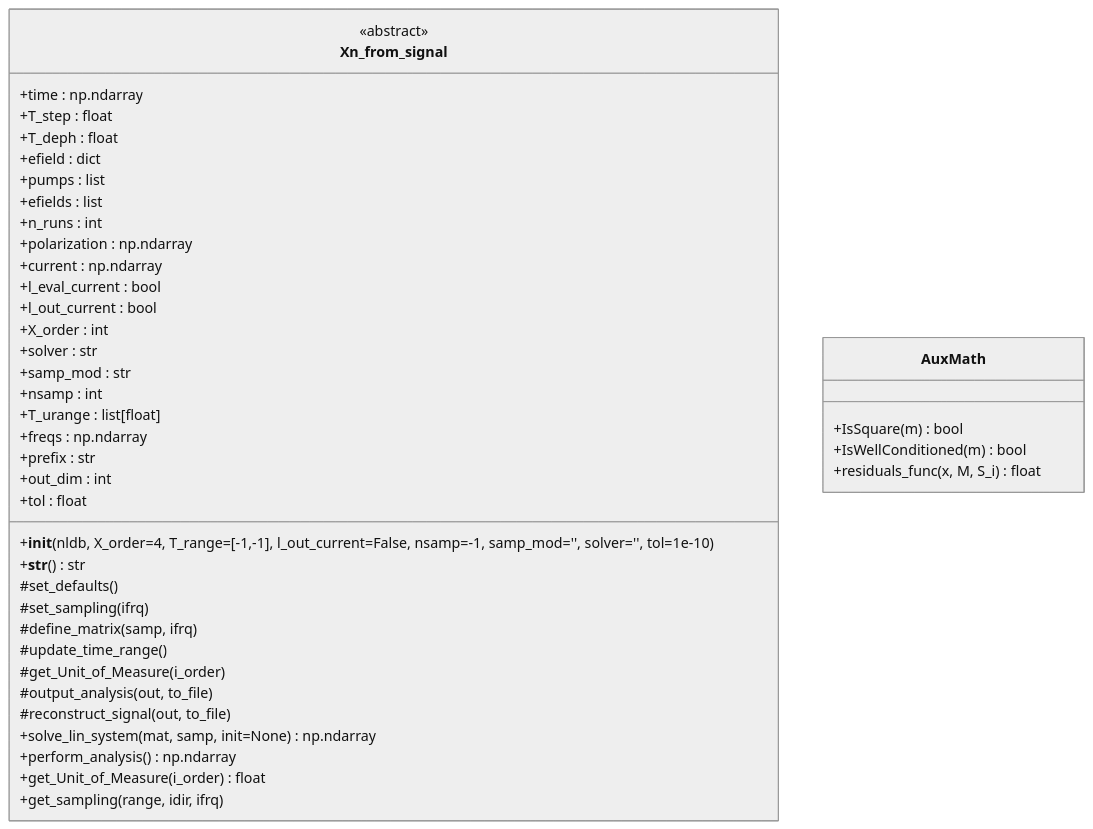
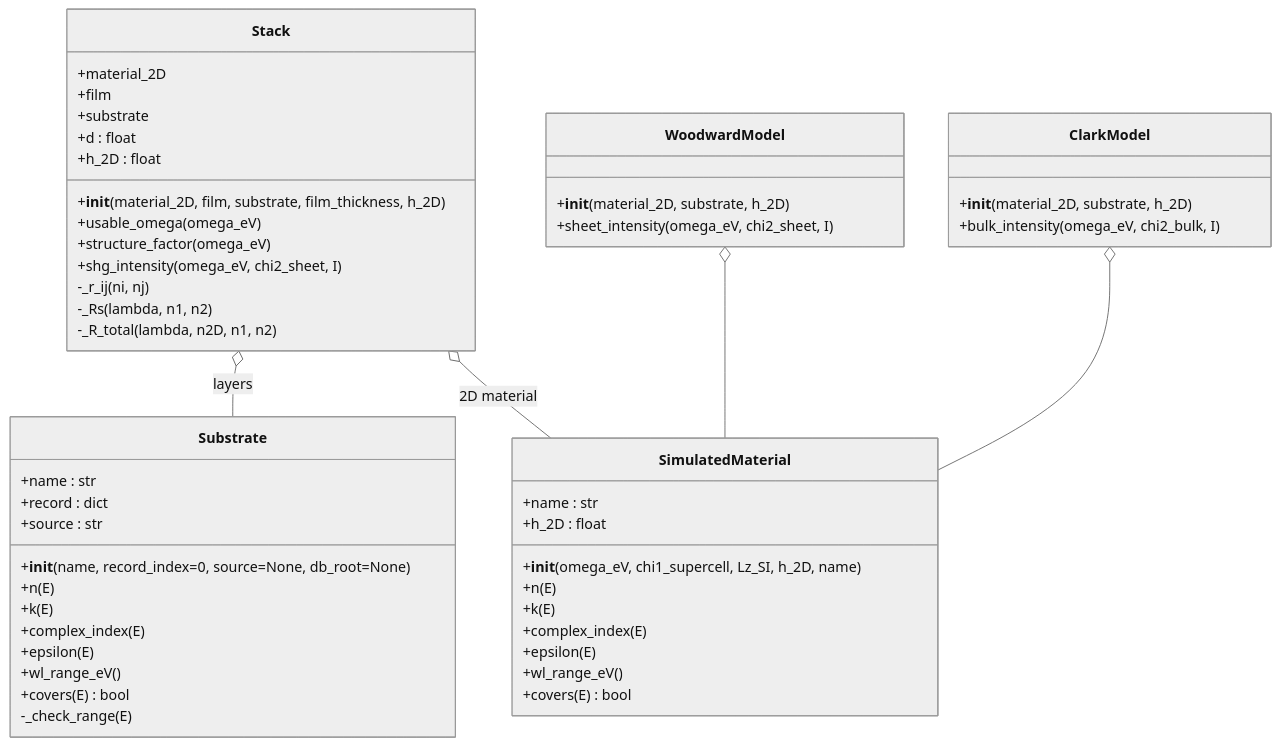
Before and after one commit to cnelson2006/yambopy: the first of 3 diagrams in yambopy/nl/Xn_from_signal_doc_REPLICATE.md, drawn with Mermaid (neutral theme). The commit also changed other lines of this file, not shown here.

Commit message:
Created Class Diagram

````diff
--- a/yambopy/nl/Xn_from_signal_doc_REPLICATE.md
+++ b/yambopy/nl/Xn_from_signal_doc_REPLICATE.md
@@ -67,55 +64,53 @@
 ```mermaid
 classDiagram
-    class Xn_from_signal {
-        <<abstract>>
-        %% --- Attributes ---
-        +time : np.ndarray
-        +T_step : float
-        +T_deph : float
-        +efield : dict
-        +pumps : list
-        +efields : list
-        +n_runs : int
-        +polarization : np.ndarray
-        +current : np.ndarray
-        +l_eval_current : bool
-        +l_out_current : bool
-        +X_order : int
-        +solver : str
-        +samp_mod : str
-        +nsamp : int
-        +T_urange : list[float]
-        +freqs : np.ndarray
-        +prefix : str
-        +out_dim : int
-        +tol : float
-
-        %% --- Constructor ---
-        +__init__(nldb, X_order=4, T_range=[-1,-1], l_out_current=False, nsamp=-1, samp_mod='', solver='', tol=1e-10)
-
-        %% --- Special ---
-        +__str__() str
-
-        %% --- Abstract hooks ---
-        #set_defaults()
-        #set_sampling(ifrq)
-        #define_matrix(samp, ifrq)
-        #update_time_range()
-        #get_Unit_of_Measure(i_order)   
-        #output_analysis(out, to_file)
-        #reconstruct_signal(out, to_file)
-
-        %% --- Concrete methods ---
-        +solve_lin_system(mat, samp, init=None) np.ndarray
-        +perform_analysis() np.ndarray
-        +get_Unit_of_Measure(i_order) float
-        +get_sampling(range, idir, ifrq)
+    class Substrate {
+        +name : str
+        +record : dict
+        +source : str
+        +__init__(name, record_index=0, source=None, db_root=None)
+        +n(E)
+        +k(E)
+        +complex_index(E)
+        +epsilon(E)
+        +wl_range_eV()
+        +covers(E) bool
+        -_check_range(E)
     }
-
-    %% Auxiliary (module-level) functions for completeness
-    class AuxMath {
-        +IsSquare(m) bool
-        +IsWellConditioned(m) bool
-        +residuals_func(x, M, S_i) float
+    class SimulatedMaterial {
+        +name : str
+        +h_2D : float
+        +__init__(omega_eV, chi1_supercell, Lz_SI, h_2D, name)
+        +n(E)
+        +k(E)
+        +complex_index(E)
+        +epsilon(E)
+        +wl_range_eV()
+        +covers(E) bool
     }
+    class Stack {
+        +material_2D
+        +film
+        +substrate
+        +d : float
+        +h_2D : float
+        +__init__(material_2D, film, substrate, film_thickness, h_2D)
+        +usable_omega(omega_eV)
+        +structure_factor(omega_eV)
+        +shg_intensity(omega_eV, chi2_sheet, I)
+        -_r_ij(ni, nj)
+        -_Rs(lambda, n1, n2)
+        -_R_total(lambda, n2D, n1, n2)
+    }
+    class WoodwardModel {
+        +__init__(material_2D, substrate, h_2D)
+        +sheet_intensity(omega_eV, chi2_sheet, I)
+    }
+    class ClarkModel {
+        +__init__(material_2D, substrate, h_2D)
+        +bulk_intensity(omega_eV, chi2_bulk, I)
+    }
+    Stack o-- Substrate : layers
+    Stack o-- SimulatedMaterial : 2D material
+    WoodwardModel o-- SimulatedMaterial
+    ClarkModel o-- SimulatedMaterial
 ```
````
